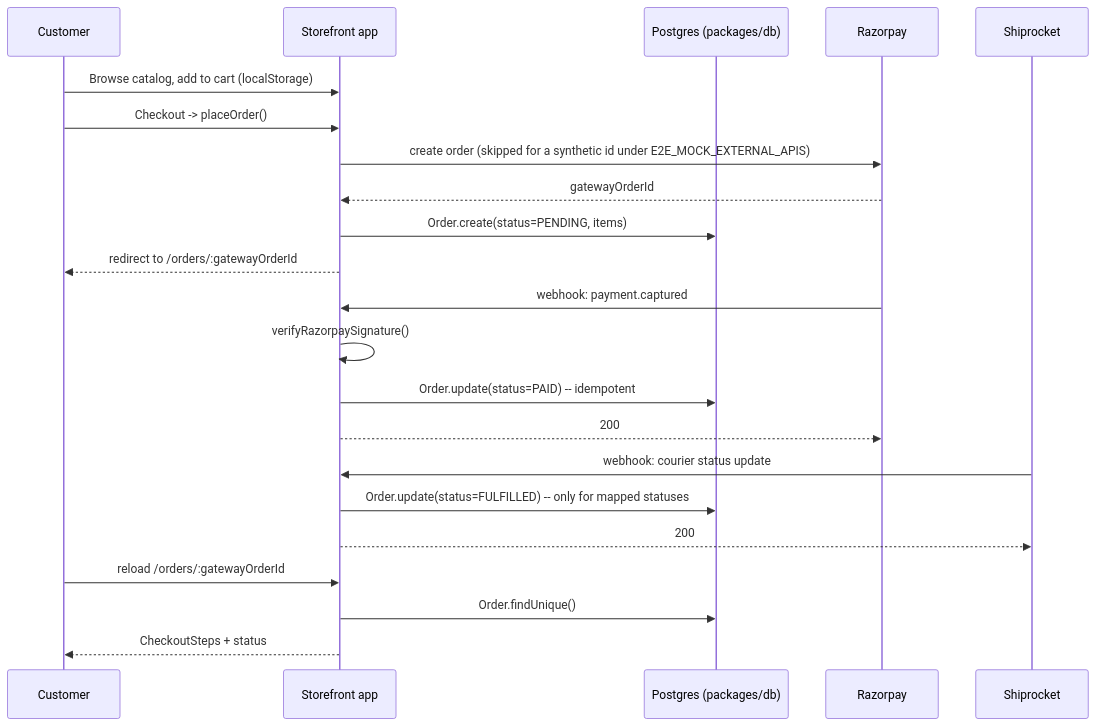
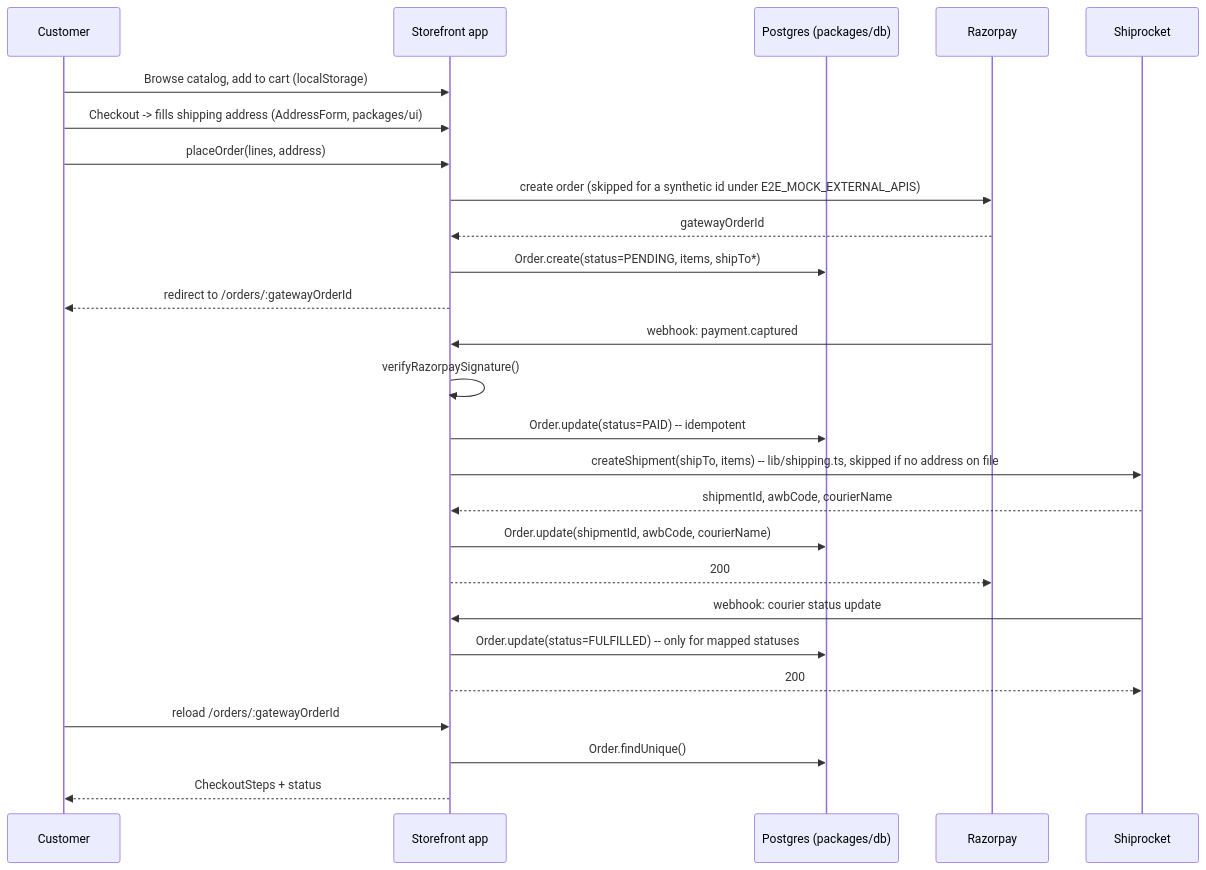
Before and after one commit to beautifulforceOrg/beautifulforce: the third of 12 diagrams in docs/architecture.md, drawn with Mermaid. The commit also changed other lines of this file and 31 other files, not shown here.

````diff
--- a/docs/architecture.md
+++ b/docs/architecture.md
@@ -117,28 +117,32 @@
 ```mermaid
 sequenceDiagram
   participant C as Customer
   participant App as Storefront app
   participant DB as Postgres (packages/db)
   participant RP as Razorpay
   participant SR as Shiprocket
 
   C->>App: Browse catalog, add to cart (localStorage)
-  C->>App: Checkout -> placeOrder()
+  C->>App: Checkout -> fills shipping address (AddressForm, packages/ui)
+  C->>App: placeOrder(lines, address)
   App->>RP: create order (skipped for a synthetic id under E2E_MOCK_EXTERNAL_APIS)
   RP-->>App: gatewayOrderId
-  App->>DB: Order.create(status=PENDING, items)
+  App->>DB: Order.create(status=PENDING, items, shipTo*)
   App-->>C: redirect to /orders/:gatewayOrderId
 
   RP->>App: webhook: payment.captured
   App->>App: verifyRazorpaySignature()
   App->>DB: Order.update(status=PAID) -- idempotent
+  App->>SR: createShipment(shipTo, items) -- lib/shipping.ts, skipped if no address on file
+  SR-->>App: shipmentId, awbCode, courierName
+  App->>DB: Order.update(shipmentId, awbCode, courierName)
   App-->>RP: 200
 
   SR->>App: webhook: courier status update
   App->>DB: Order.update(status=FULFILLED) -- only for mapped statuses
   App-->>SR: 200
 
   C->>App: reload /orders/:gatewayOrderId
   App->>DB: Order.findUnique()
   App-->>C: CheckoutSteps + status
 ```
````
